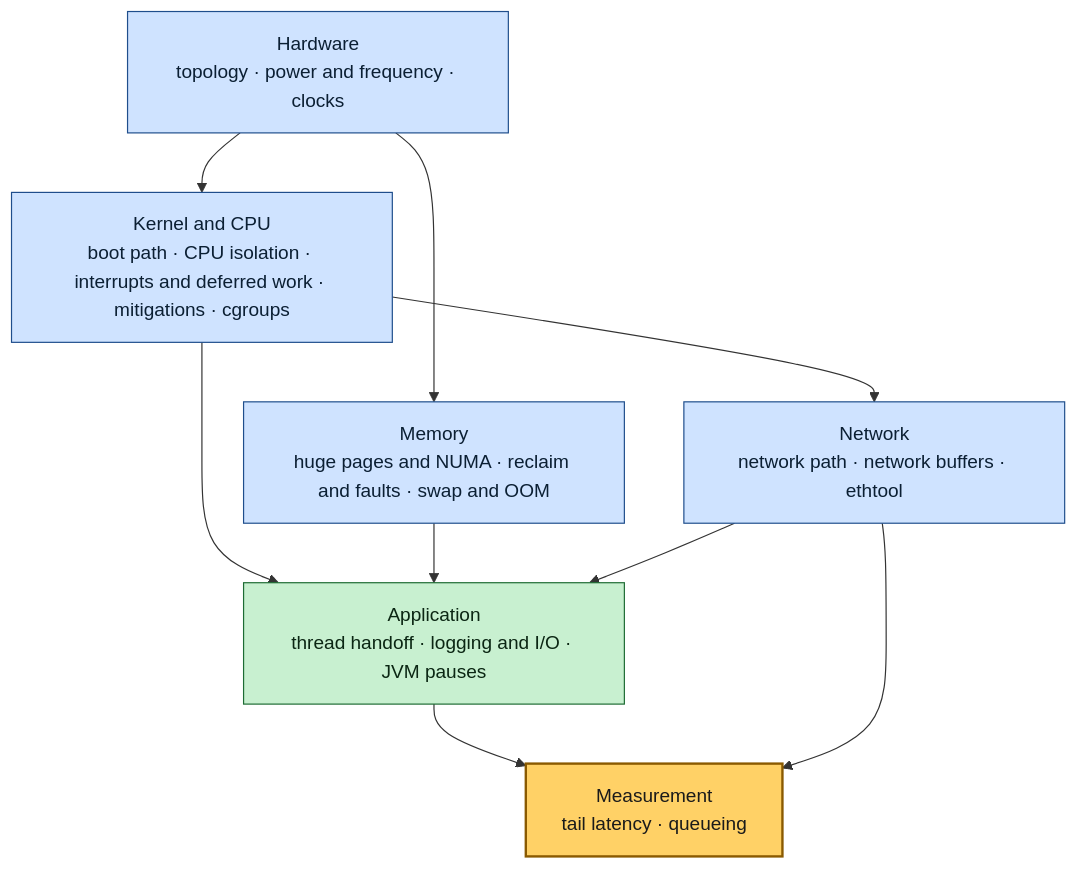
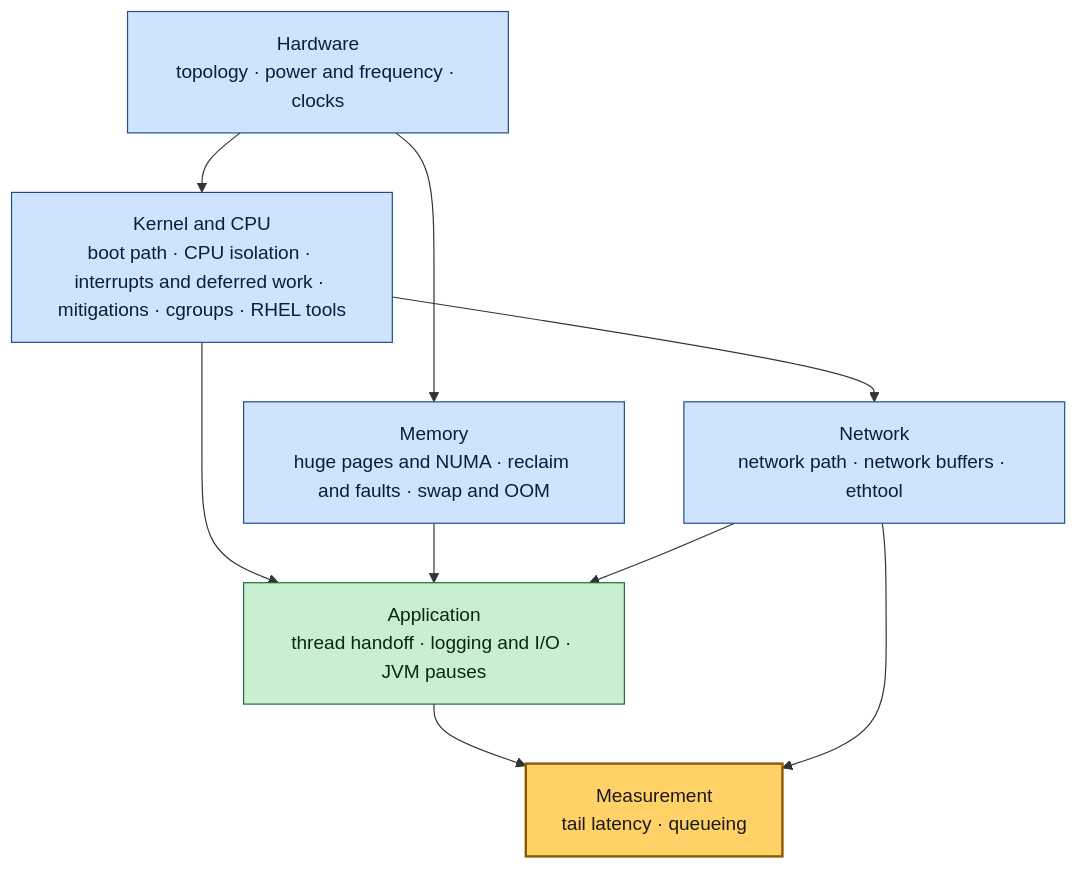
The second of 2 diagrams in INDEX.md (vitor-tadashi/mechanical-sympathy), drawn with Mermaid before and after one commit. The commit also changed other lines of this file and 8 other files, not shown here.

````diff
--- a/INDEX.md
+++ b/INDEX.md
@@ -81,24 +81,24 @@
 ```mermaid
 %%{init: {"flowchart": {"wrappingWidth": 260}}}%%
 flowchart TD
   hw["Hardware<br/>topology · power and frequency · clocks"]
-  kern["Kernel and CPU<br/>boot path · CPU isolation · interrupts and deferred work · mitigations · cgroups"]
+  kern["Kernel and CPU<br/>boot path · CPU isolation · interrupts and deferred work · mitigations · cgroups · RHEL tools"]
   mem["Memory<br/>huge pages and NUMA · reclaim and faults · swap and OOM"]
   net["Network<br/>network path · network buffers · ethtool"]
   app["Application<br/>thread handoff · logging and I/O · JVM pauses"]
   meas["Measurement<br/>tail latency · queueing"]
   hw --> kern
   hw --> mem
   kern --> net
   kern --> app
   mem --> app
   net --> app
   app --> meas
   net --> meas
   classDef hk fill:#cfe3ff,stroke:#1f4e8c,color:#0b1f33
   classDef iso fill:#c8f0d0,stroke:#1d6b33,color:#0b2613
   classDef focus fill:#ffd166,stroke:#8a5a00,color:#1a1a1a,stroke-width:2px
   class hw,kern,mem,net hk
   class app iso
   class meas focus
 ```
````
